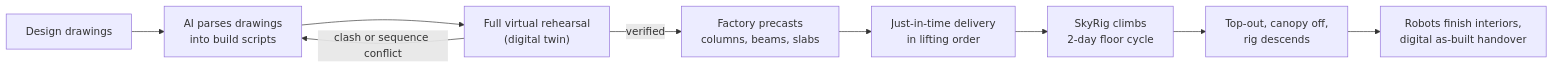
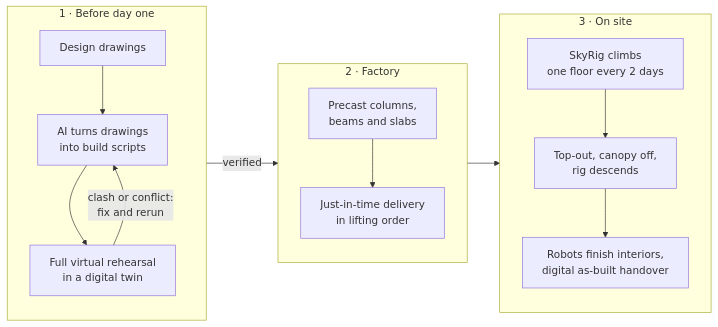
Before and after one commit to BIGWOO/skyrig-builder: the diagram in README.md, drawn with Mermaid.

Commit message:
docs: 流程圖改成三階段分欄，避免文字過小

````diff
--- a/README.md
+++ b/README.md
@@ -43,11 +43,20 @@
 ```mermaid
 flowchart LR
-    A["Design drawings"] --> B["AI parses drawings<br/>into build scripts"]
-    B --> C["Full virtual rehearsal<br/>(digital twin)"]
-    C -- "clash or sequence conflict" --> B
-    C -- "verified" --> D["Factory precasts<br/>columns, beams, slabs"]
-    D --> E["Just-in-time delivery<br/>in lifting order"]
-    E --> F["SkyRig climbs<br/>2-day floor cycle"]
-    F --> G["Top-out, canopy off,<br/>rig descends"]
-    G --> H["Robots finish interiors,<br/>digital as-built handover"]
+    subgraph S1["1 · Before day one"]
+        direction TB
+        A["Design drawings"] --> B["AI turns drawings<br/>into build scripts"]
+        B --> C["Full virtual rehearsal<br/>in a digital twin"]
+        C -- "clash or conflict:<br/>fix and rerun" --> B
+    end
+    subgraph S2["2 · Factory"]
+        direction TB
+        D["Precast columns,<br/>beams and slabs"] --> E["Just-in-time delivery<br/>in lifting order"]
+    end
+    subgraph S3["3 · On site"]
+        direction TB
+        F["SkyRig climbs<br/>one floor every 2 days"] --> G["Top-out, canopy off,<br/>rig descends"]
+        G --> H["Robots finish interiors,<br/>digital as-built handover"]
+    end
+    C -- "verified" --> D
+    E --> F
 ```
````
